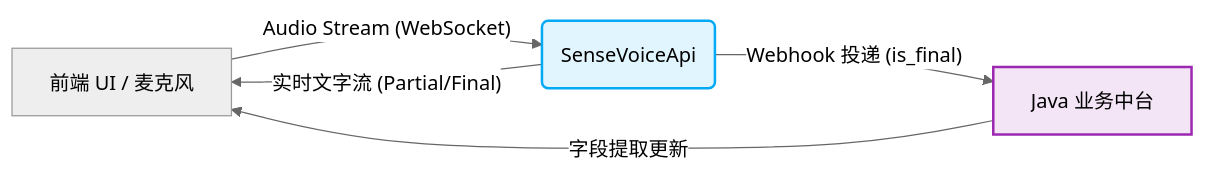
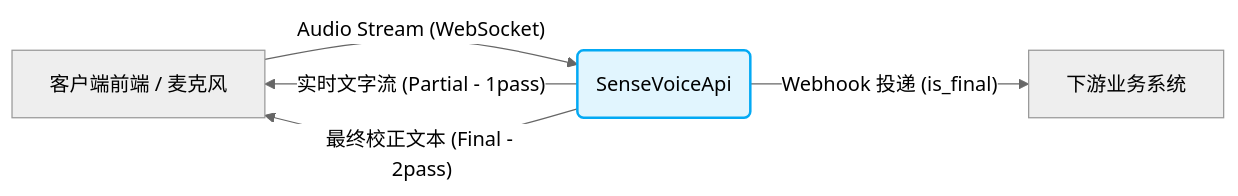
Before and after one commit to yanlin0604/SenseVoiceApi: the diagram in README.md, drawn with Mermaid (neutral theme). The commit also changed other lines of this file, not shown here.

Commit message:
docs: remove specific project references and emphasize qwen3-asr and 2-pass strategy

````diff
--- a/README.md
+++ b/README.md
@@ -28,10 +29,9 @@
 ```mermaid
 graph LR
-    A[前端 UI / 麦克风] -- Audio Stream (WebSocket) --> B(SenseVoiceApi)
-    B -- 实时文字流 (Partial/Final) --> A
-    B -- Webhook 投递 (is_final) --> C[Java 业务中台]
-    C -- 字段提取更新 --> A
+    A[客户端前端 / 麦克风] -- Audio Stream (WebSocket) --> B(SenseVoiceApi)
+    B -- 实时文字流 (Partial - 1pass) --> A
+    B -- 最终校正文本 (Final - 2pass) --> A
+    B -- Webhook 投递 (is_final) --> C[下游业务系统]
     
     style B fill:#e1f5fe,stroke:#03a9f4,stroke-width:2px
-    style C fill:#f3e5f5,stroke:#9c27b0,stroke-width:2px
 ```
````
